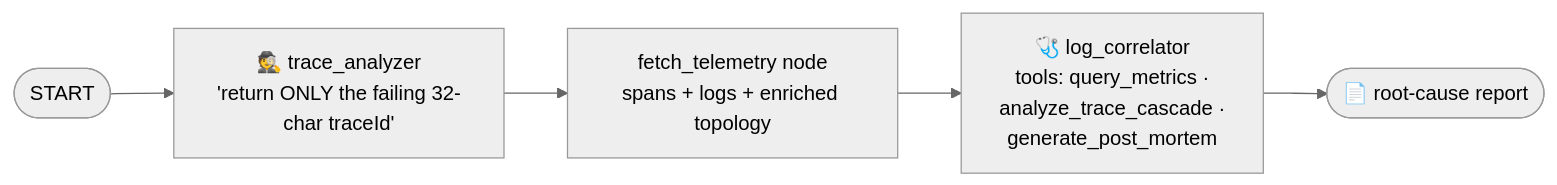
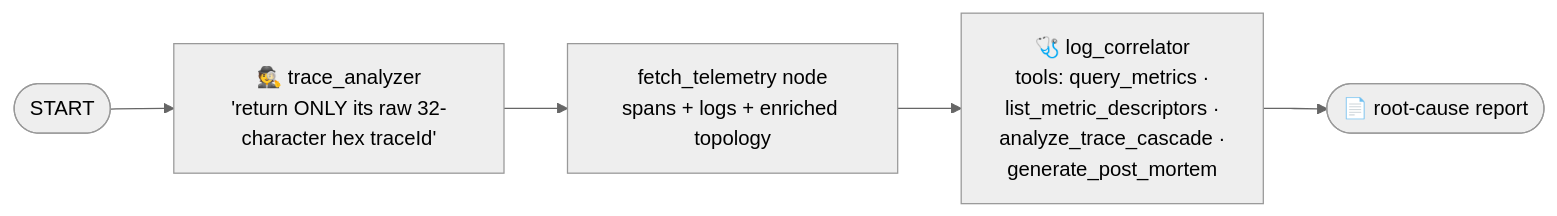
Before and after one commit to xSAVIKx/sre-agent: the third of 4 diagrams in CODELAB.md, drawn with Mermaid (neutral theme). The commit also changed other lines of this file and 12 other files, not shown here.

````diff
--- a/CODELAB.md
+++ b/CODELAB.md
@@ -244,7 +319,7 @@
 ```mermaid
 flowchart LR
-    Start([START]) --> TA["🕵️ trace_analyzer<br/>'return ONLY the failing 32-char traceId'"]
+    Start([START]) --> TA["🕵️ trace_analyzer<br/>'return ONLY its raw 32-character hex traceId'"]
     TA --> FT["fetch_telemetry node<br/>spans + logs + enriched topology"]
-    FT --> LC["🩺 log_correlator<br/>tools: query_metrics ·<br/>analyze_trace_cascade ·<br/>generate_post_mortem"]
+    FT --> LC["🩺 log_correlator<br/>tools: query_metrics ·<br/>list_metric_descriptors ·<br/>analyze_trace_cascade ·<br/>generate_post_mortem"]
     LC --> Rep(["📄 root-cause report"])
 ```
````
